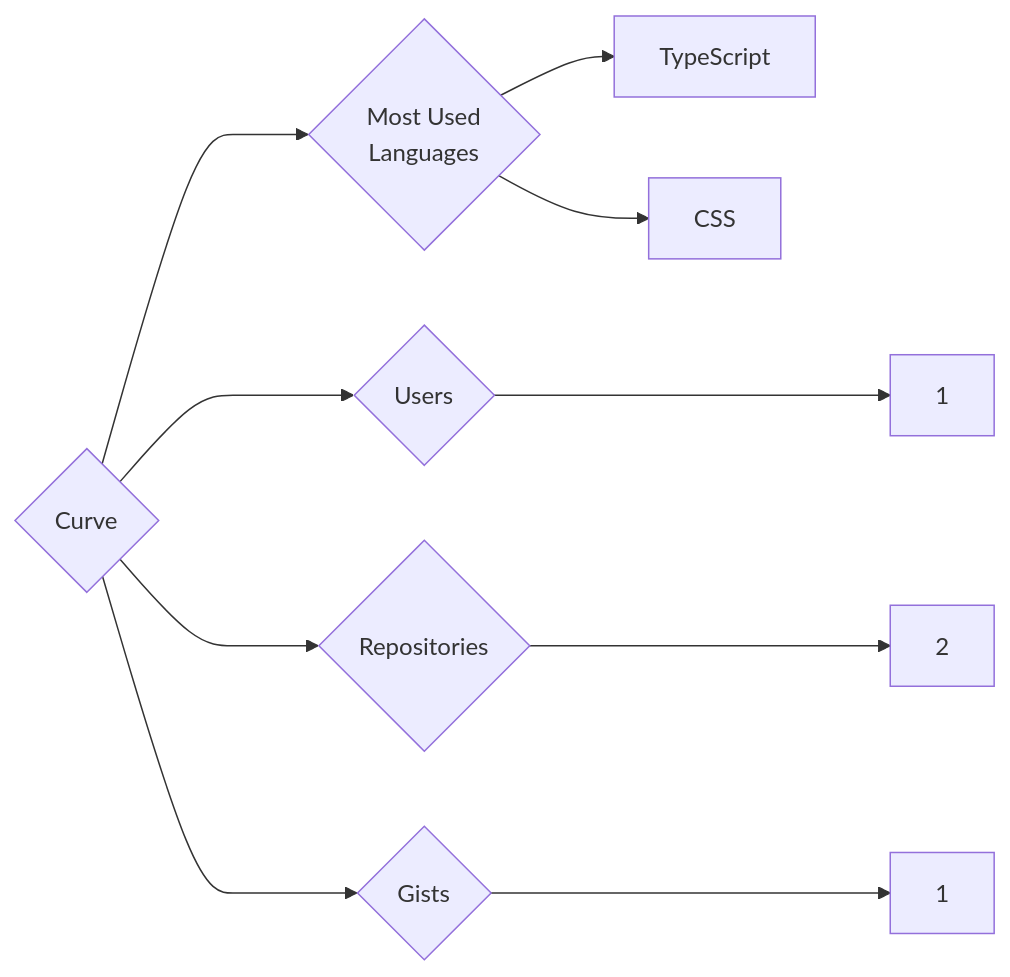
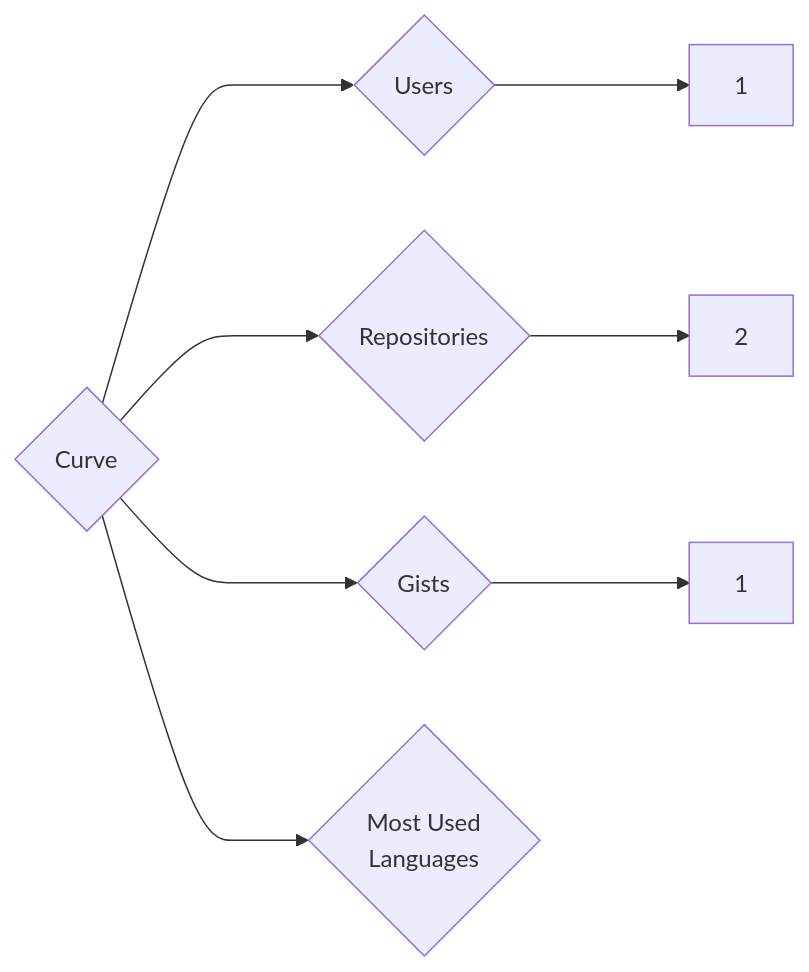
The diagram in targets/Curve/README.md (trickest/insiders), drawn with Mermaid before and after one commit. The commit also changed 782 other files, not shown here.

````diff
--- a/targets/Curve/README.md
+++ b/targets/Curve/README.md
@@ -3,10 +3,8 @@
 ```mermaid
 graph LR
 COMPANY_NAME{Curve}
 COMPANY_NAME ---> U{Users} ---> UN[1]
 COMPANY_NAME ---> R{Repositories} ---> RN[2]
 COMPANY_NAME ---> G{Gists} ---> GN[1]
 COMPANY_NAME ---> ML{Most Used<br>Languages}
-ML --> TypeScript[TypeScript]
-ML --> CSS[CSS]
 ```
````
